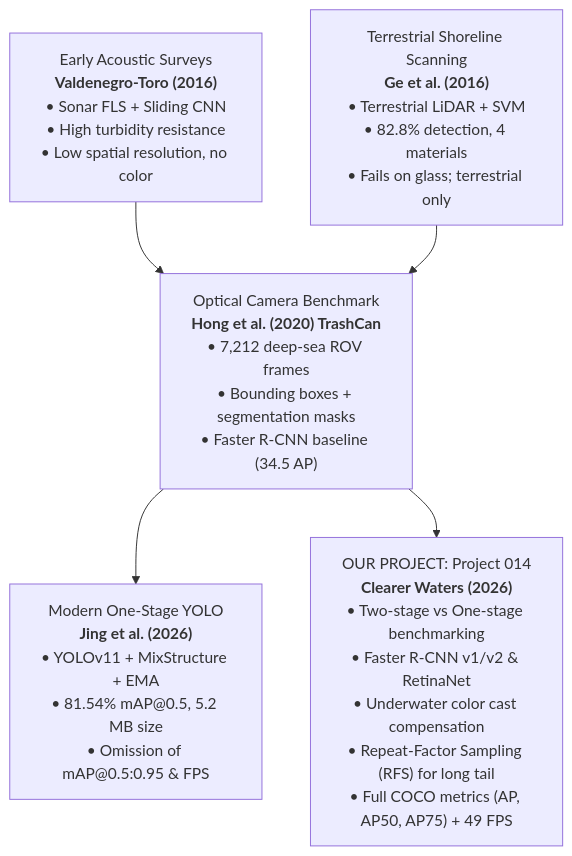
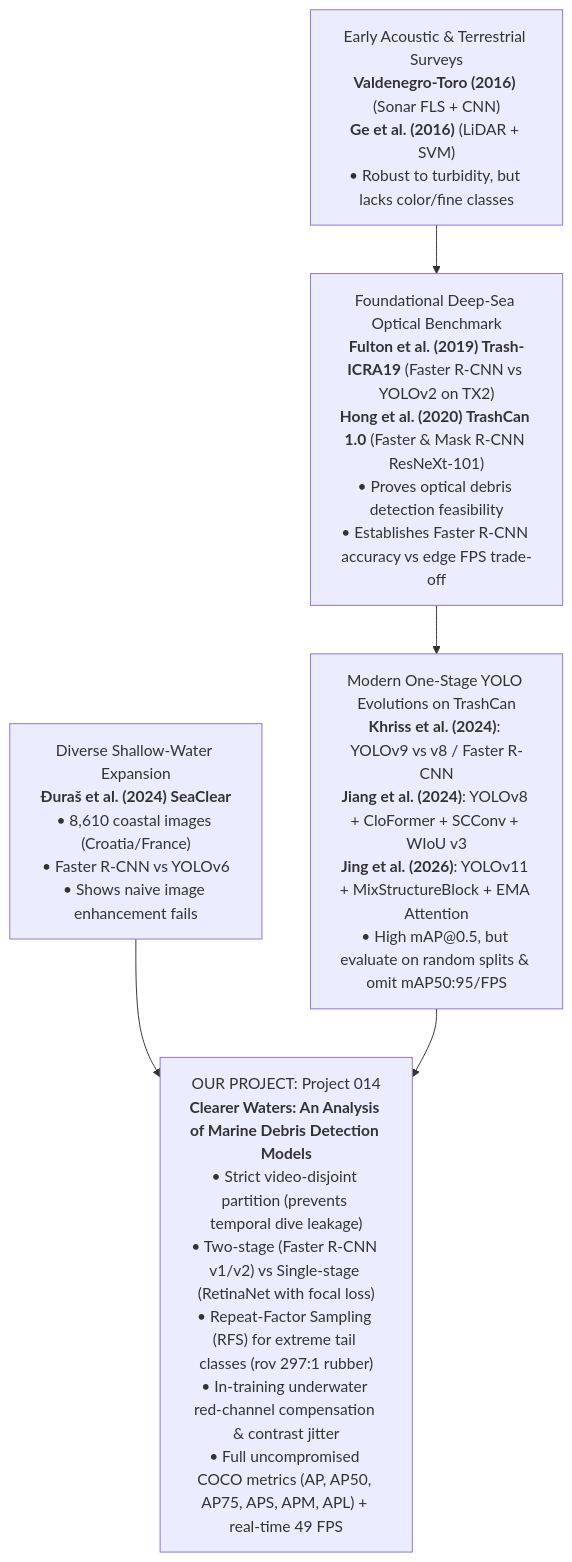
One commit to Shiz-b/asterik changed the diagram in papers/LITERATURE_REVIEW.md. Above: the diagram before and after it, drawn with Mermaid. The commit also changed other lines of this file and 1 other file, not shown here.

Commit message:
Update literature review documentation with extended comparative sensor and architectural matrix

````diff
--- a/papers/LITERATURE_REVIEW.md
+++ b/papers/LITERATURE_REVIEW.md
@@ -228,10 +382,10 @@
 ```mermaid
 flowchart TD
-    A["Early Acoustic Surveys<br><b>Valdenegro-Toro (2016)</b><br>• Sonar FLS + Sliding CNN<br>• High turbidity resistance<br>• Low spatial resolution, no color"] --> B["Optical Camera Benchmark<br><b>Hong et al. (2020) TrashCan</b><br>• 7,212 deep-sea ROV frames<br>• Bounding boxes + segmentation masks<br>• Faster R-CNN baseline (34.5 AP)"]
+    A["Early Acoustic & Terrestrial Surveys<br><b>Valdenegro-Toro (2016)</b> (Sonar FLS + CNN)<br><b>Ge et al. (2016)</b> (LiDAR + SVM)<br>• Robust to turbidity, but lacks color/fine classes"] --> B["Foundational Deep-Sea Optical Benchmark<br><b>Fulton et al. (2019) Trash-ICRA19</b> (Faster R-CNN vs YOLOv2 on TX2)<br><b>Hong et al. (2020) TrashCan 1.0</b> (Faster & Mask R-CNN ResNeXt-101)<br>• Proves optical debris detection feasibility<br>• Establishes Faster R-CNN accuracy vs edge FPS trade-off"]
     
-    C["Terrestrial Shoreline Scanning<br><b>Ge et al. (2016)</b><br>• Terrestrial LiDAR + SVM<br>• 82.8% detection, 4 materials<br>• Fails on glass; terrestrial only"] --> B
+    C["Diverse Shallow-Water Expansion<br><b>Đuraš et al. (2024) SeaClear</b><br>• 8,610 coastal images (Croatia/France)<br>• Faster R-CNN vs YOLOv6<br>• Shows naive image enhancement fails"] --> E
     
-    B --> D["Modern One-Stage YOLO<br><b>Jing et al. (2026)</b><br>• YOLOv11 + MixStructure + EMA<br>• 81.54% mAP@0.5, 5.2 MB size<br>• Omission of mAP@0.5:0.95 & FPS"]
-    
-    B --> E["OUR PROJECT: Project 014<br><b>Clearer Waters (2026)</b><br>• Two-stage vs One-stage benchmarking<br>• Faster R-CNN v1/v2 & RetinaNet<br>• Underwater color cast compensation<br>• Repeat-Factor Sampling (RFS) for long tail<br>• Full COCO metrics (AP, AP50, AP75) + 49 FPS"]
+    B --> D["Modern One-Stage YOLO Evolutions on TrashCan<br><b>Khriss et al. (2024)</b>: YOLOv9 vs v8 / Faster R-CNN<br><b>Jiang et al. (2024)</b>: YOLOv8 + CloFormer + SCConv + WIoU v3<br><b>Jing et al. (2026)</b>: YOLOv11 + MixStructureBlock + EMA Attention<br>• High mAP@0.5, but evaluate on random splits & omit mAP50:95/FPS"] --> E
+
+    E["OUR PROJECT: Project 014<br><b>Clearer Waters: An Analysis of Marine Debris Detection Models</b><br>• Strict video-disjoint partition (prevents temporal dive leakage)<br>• Two-stage (Faster R-CNN v1/v2) vs Single-stage (RetinaNet with focal loss)<br>• Repeat-Factor Sampling (RFS) for extreme tail classes (rov 297:1 rubber)<br>• In-training underwater red-channel compensation & contrast jitter<br>• Full uncompromised COCO metrics (AP, AP50, AP75, APS, APM, APL) + real-time 49 FPS"]
 ```
````
